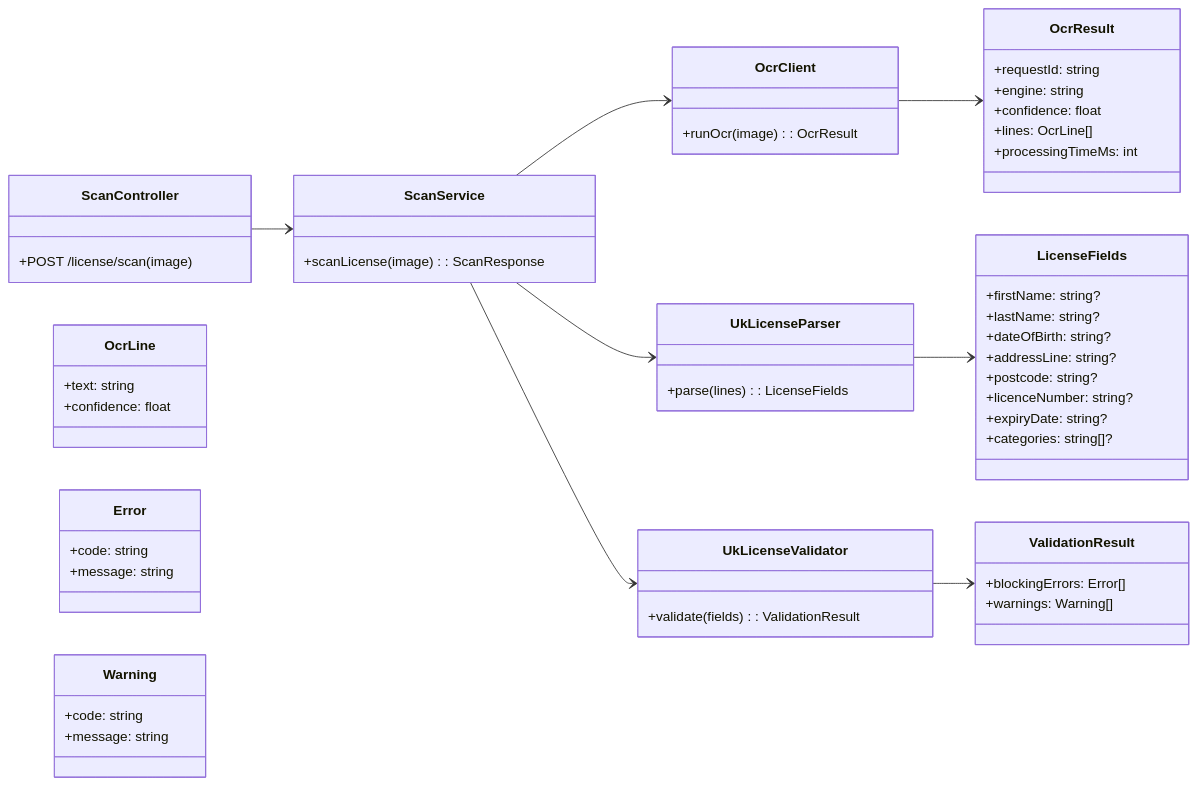
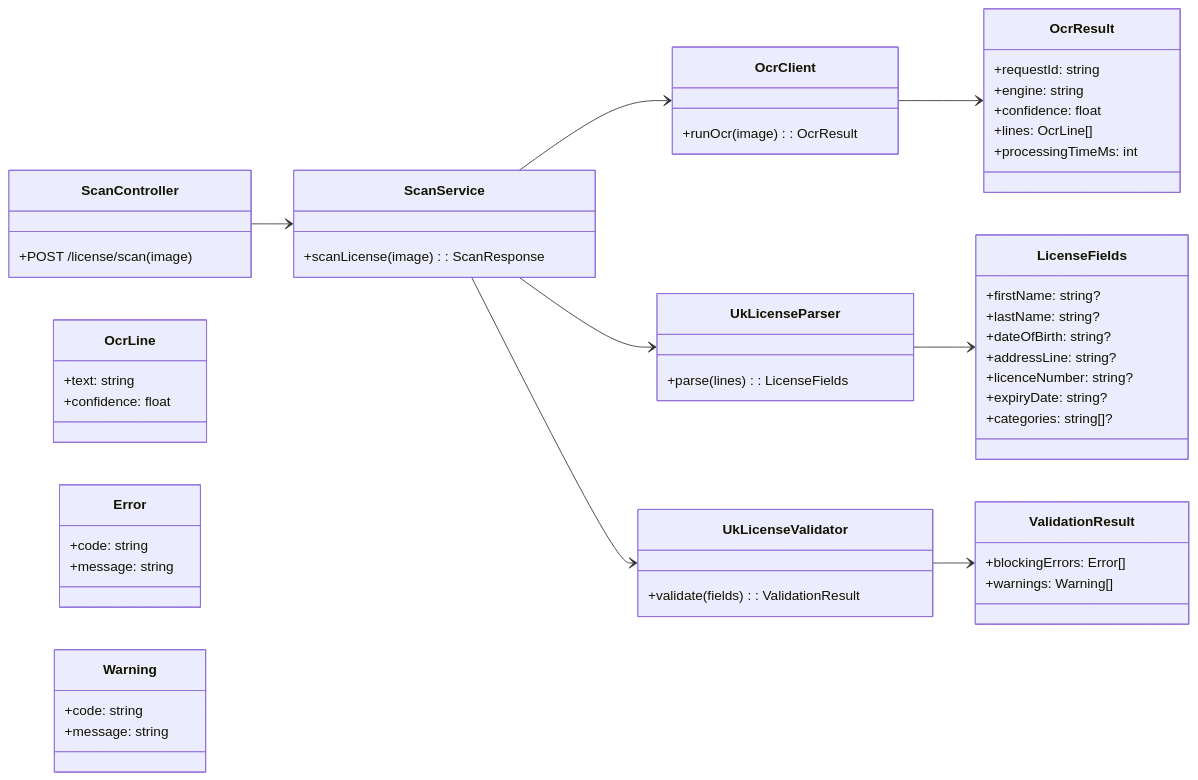
One commit to ManuBerea/driver-license-scanner changed the sixth of 6 diagrams in docs/gate2/01-architecture-and-design.md. Above: the diagram before and after it, drawn with Mermaid. The commit also changed other lines of this file and 21 other files, not shown here.

````diff
--- a/docs/gate2/01-architecture-and-design.md
+++ b/docs/gate2/01-architecture-and-design.md
@@ -191,73 +191,72 @@
 ```mermaid
 classDiagram
   direction LR
 
   class ScanController {
     +POST /license/scan(image)
   }
 
   class ScanService {
     +scanLicense(image): ScanResponse
   }
 
   class OcrClient {
     +runOcr(image): OcrResult
   }
 
   class OcrResult {
     +requestId: string
     +engine: string
     +confidence: float
     +lines: OcrLine[]
     +processingTimeMs: int
   }
 
   class OcrLine {
     +text: string
     +confidence: float
   }
 
   class UkLicenseParser {
     +parse(lines): LicenseFields
   }
 
   class LicenseFields {
     +firstName: string?
     +lastName: string?
     +dateOfBirth: string?
     +addressLine: string?
-    +postcode: string?
     +licenceNumber: string?
     +expiryDate: string?
     +categories: string[]?
   }
 
   class UkLicenseValidator {
     +validate(fields): ValidationResult
   }
 
   class ValidationResult {
     +blockingErrors: Error[]
     +warnings: Warning[]
   }
 
   class Error {
     +code: string
     +message: string
   }
 
   class Warning {
     +code: string
     +message: string
   }
 
   ScanController --> ScanService
   ScanService --> OcrClient
   OcrClient --> OcrResult
 
   ScanService --> UkLicenseParser
   UkLicenseParser --> LicenseFields
 
   ScanService --> UkLicenseValidator
   UkLicenseValidator --> ValidationResult
 ```
````
